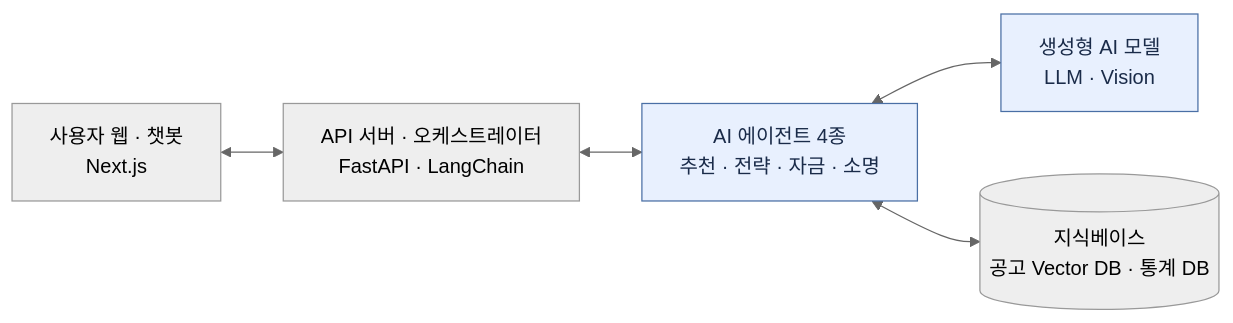
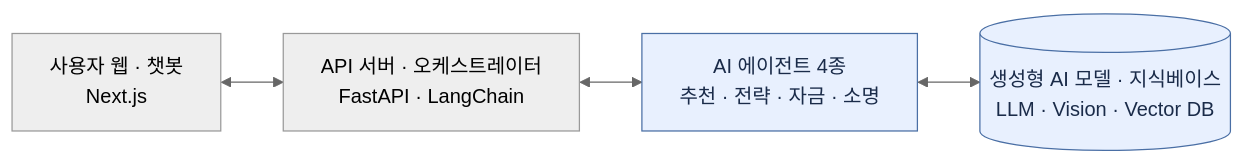
One commit to nixeast/Sessac_Hackerton changed the second of 3 diagrams in Document/IdeaProposal_draft.md. Above: the diagram before and after it, drawn with Mermaid (neutral theme). The commit also changed other lines of this file, not shown here.

````diff
--- a/Document/IdeaProposal_draft.md
+++ b/Document/IdeaProposal_draft.md
@@ -105,10 +61,9 @@
 ```mermaid
 flowchart LR
     U["사용자 웹 · 챗봇<br/>Next.js"] <--> S["API 서버 · 오케스트레이터<br/>FastAPI · LangChain"]
     S <--> AG["AI 에이전트 4종<br/>추천 · 전략 · 자금 · 소명"]
-    AG <--> M["생성형 AI 모델<br/>LLM · Vision"]
-    AG <--> D[("지식베이스<br/>공고 Vector DB · 통계 DB")]
+    AG <--> M[("생성형 AI 모델 · 지식베이스<br/>LLM · Vision · Vector DB")]
 
     classDef ai fill:#e8f0fe,stroke:#4a6fa5,color:#1a2b49
     class AG,M ai
 ```
````
